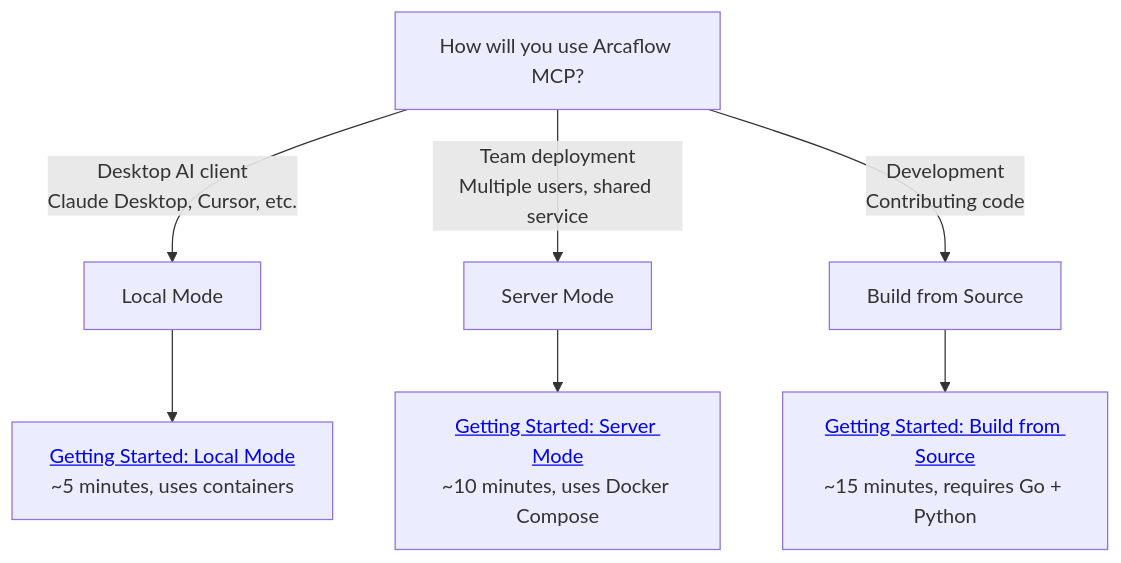
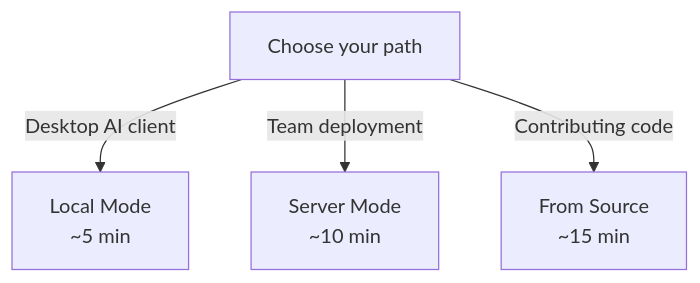
One commit to arcalot/arcaflow-mcp changed the diagram in docs/arcaflow-mcp/getting-started.md. Above: the diagram before and after it, drawn with Mermaid.

Commit message:
fix: remove broken mermaid click links
GitHub's mermaid renderer doesn't support relative links in click
directives — they resolve to absolute paths at github.com root.
Removed click directives; the text sections below the chart provide
the actual links to each guide.

````diff
--- a/docs/arcaflow-mcp/getting-started.md
+++ b/docs/arcaflow-mcp/getting-started.md
@@ -28,11 +28,7 @@
 ```mermaid
 flowchart TD
-    A[How will you use Arcaflow MCP?]
-    A -->|Desktop AI client\nClaude Desktop, Cursor, etc.| B[Local Mode]
-    A -->|Team deployment\nMultiple users, shared service| C[Server Mode]
-    A -->|Development\nContributing code| D[Build from Source]
-
-    B --> E[<a href='getting-started-local.md'>Getting Started: Local Mode</a>\n~5 minutes, uses containers]
-    C --> F[<a href='getting-started-server.md'>Getting Started: Server Mode</a>\n~10 minutes, uses Docker Compose]
-    D --> G[<a href='getting-started-source.md'>Getting Started: Build from Source</a>\n~15 minutes, requires Go + Python]
+    A[Choose your path]
+    A -->|Desktop AI client| B[Local Mode\n~5 min]
+    A -->|Team deployment| C[Server Mode\n~10 min]
+    A -->|Contributing code| D[From Source\n~15 min]
 ```
````
